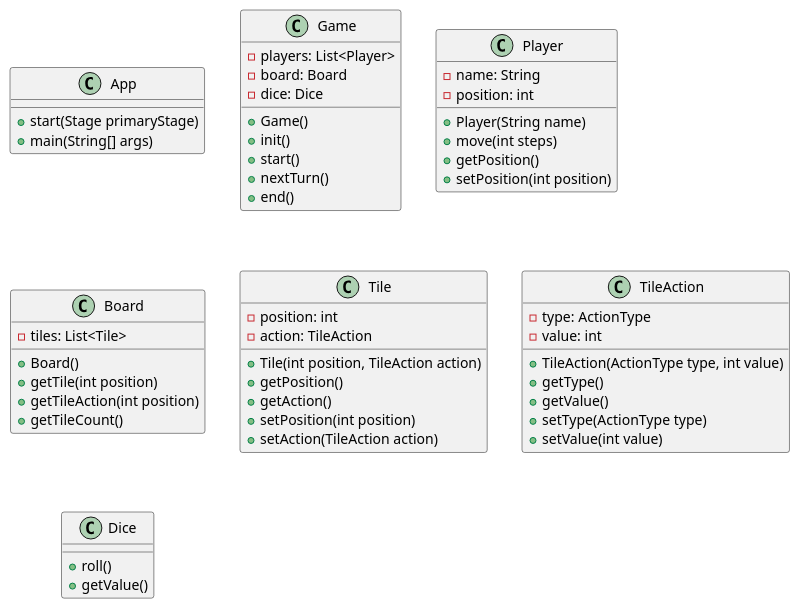
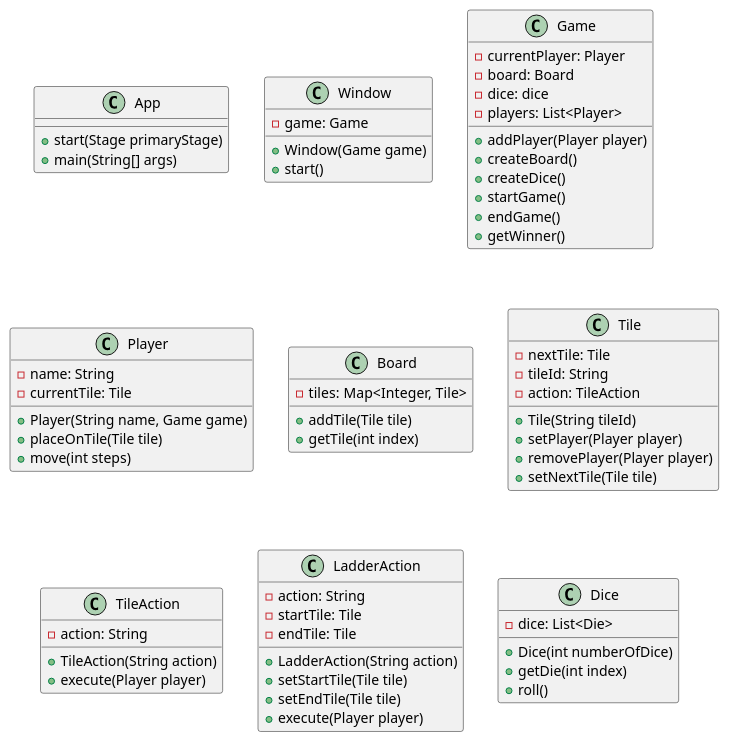
The diagram in classdiagram2.puml (Segward/ladder-game), drawn with PlantUML before and after one commit. The commit also changed 1 other file, not shown here.

Commit message:
Filled in the classdiagram2

```diff
--- a/classdiagram2.puml
+++ b/classdiagram2.puml
@@ -1,60 +1,74 @@
 @startuml
+
 class App {
     +start(Stage primaryStage)
     +main(String[] args)
 }
 
+class Window {
+    -game: Game
+    +Window(Game game)
+    +start()
+}
+
 class Game {
+    -currentPlayer: Player
+    -board: Board
+    -dice: dice
     -players: List<Player>
-    -board: Board
-    -dice: Dice
-    +Game()
-    +init()
-    +start()
-    +nextTurn()
-    +end()
+    +addPlayer(Player player)
+    +createBoard()
+    +createDice()
+    +startGame()
+    +endGame()
+    +getWinner()
 }
 
 class Player {
     -name: String
-    -position: int
-    +Player(String name)
+    -currentTile: Tile
+    +Player(String name, Game game)
+    +placeOnTile(Tile tile)
     +move(int steps)
-    +getPosition()
-    +setPosition(int position)
 }
 
 class Board {
-    -tiles: List<Tile>
-    +Board()
-    +getTile(int position)
-    +getTileAction(int position)
-    +getTileCount()
+    -tiles: Map<Integer, Tile>
+    +addTile(Tile tile)
+    +getTile(int index)
 }
 
 class Tile {
-    -position: int
+    -nextTile: Tile
+    -tileId: String
     -action: TileAction
-    +Tile(int position, TileAction action)
-    +getPosition()
-    +getAction()
-    +setPosition(int position)
-    +setAction(TileAction action)
+    +Tile(String tileId)
+    +setPlayer(Player player)
+    +removePlayer(Player player)
+    +setNextTile(Tile tile)
 }
 
 class TileAction {
-    -type: ActionType
-    -value: int
-    +TileAction(ActionType type, int value)
-    +getType()
-    +getValue()
-    +setType(ActionType type)
-    +setValue(int value)
+    -action: String
+    +TileAction(String action)
+    +execute(Player player)
+}
+
+class LadderAction {
+    -action: String
+    -startTile: Tile
+    -endTile: Tile
+    +LadderAction(String action)
+    +setStartTile(Tile tile)
+    +setEndTile(Tile tile)
+    +execute(Player player)
 }
 
 class Dice {
+    -dice: List<Die>
+    +Dice(int numberOfDice)
+    +getDie(int index)
     +roll()
-    +getValue()
 }
 
 @enduml
```
